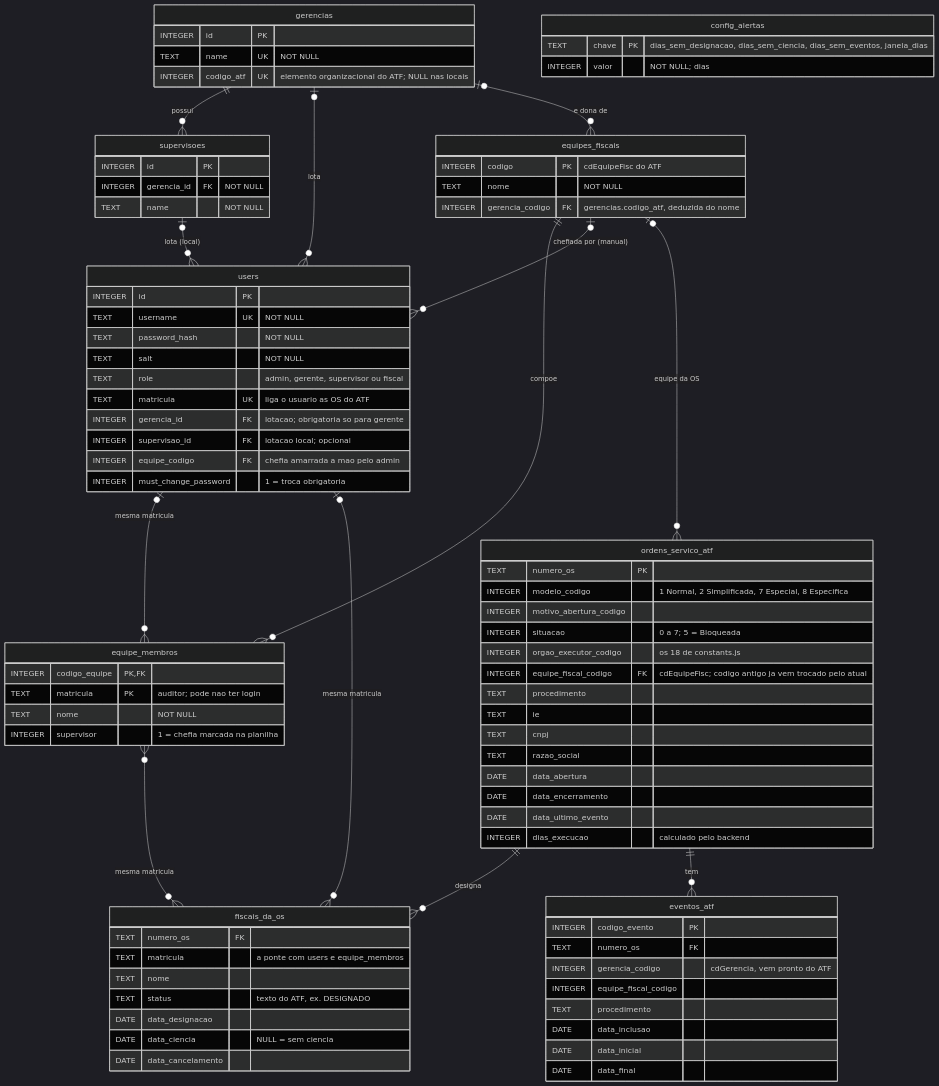
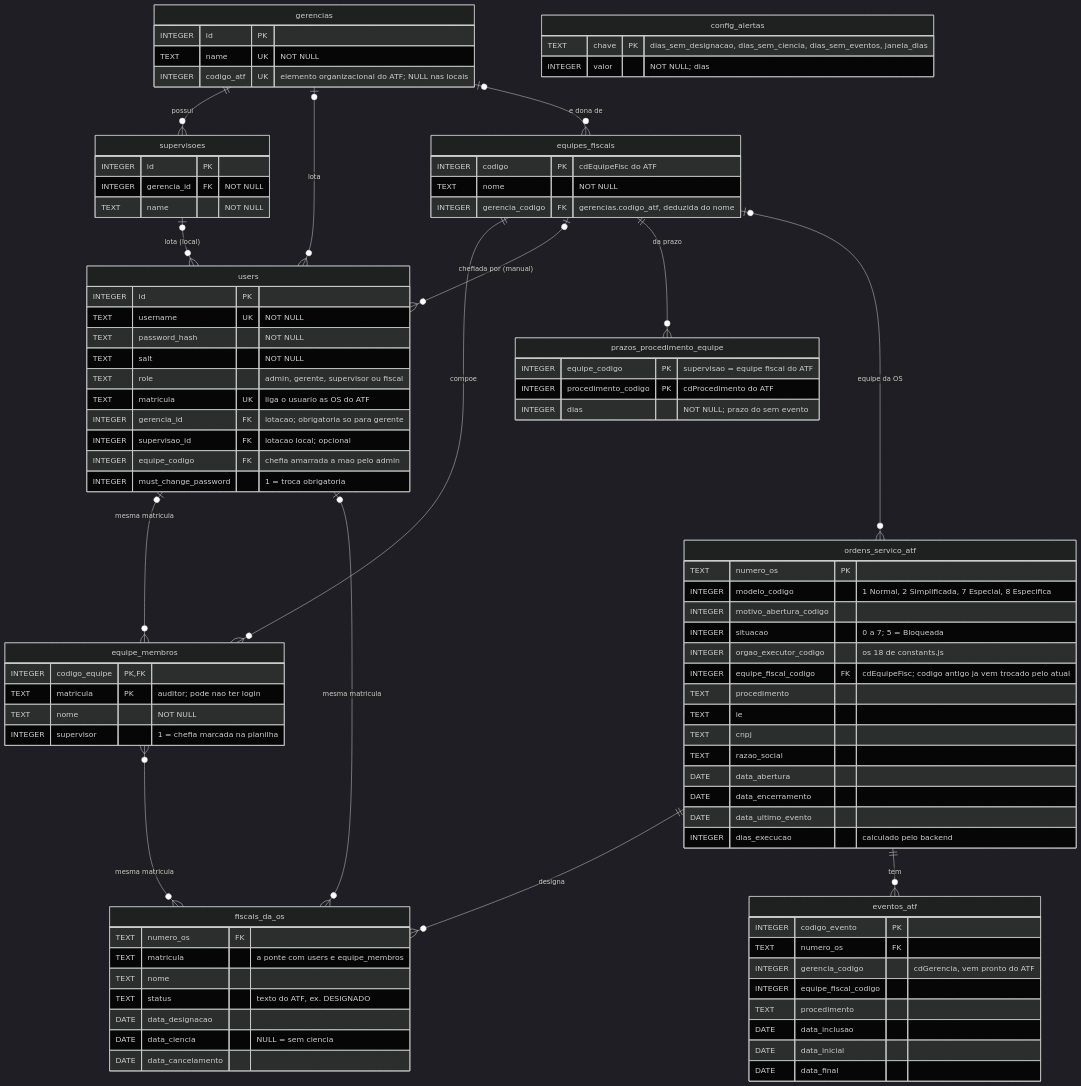
The diagram in docs/diagrama-er.md (RodrigoAraujo12/sistema_OS), drawn with Mermaid (dark theme) before and after one commit. The commit also changed other lines of this file and 19 other files, not shown here.

```diff
--- a/docs/diagrama-er.md
+++ b/docs/diagrama-er.md
@@ -56,6 +56,12 @@
     config_alertas {
         TEXT chave PK "dias_sem_designacao, dias_sem_ciencia, dias_sem_eventos, janela_dias"
         INTEGER valor "NOT NULL; dias"
+    }
+
+    prazos_procedimento_equipe {
+        INTEGER equipe_codigo PK "supervisao = equipe fiscal do ATF"
+        INTEGER procedimento_codigo PK "cdProcedimento do ATF"
+        INTEGER dias "NOT NULL; prazo do sem evento"
     }
 
     ordens_servico_atf {
@@ -102,6 +108,7 @@
     gerencias |o--o{ equipes_fiscais : "e dona de"
     equipes_fiscais ||--o{ equipe_membros : "compoe"
     equipes_fiscais |o--o{ users : "chefiada por (manual)"
+    equipes_fiscais ||--o{ prazos_procedimento_equipe : "da prazo"
     users |o--o{ equipe_membros : "mesma matricula"
     ordens_servico_atf ||--o{ fiscais_da_os : "designa"
     users |o--o{ fiscais_da_os : "mesma matricula"
```
